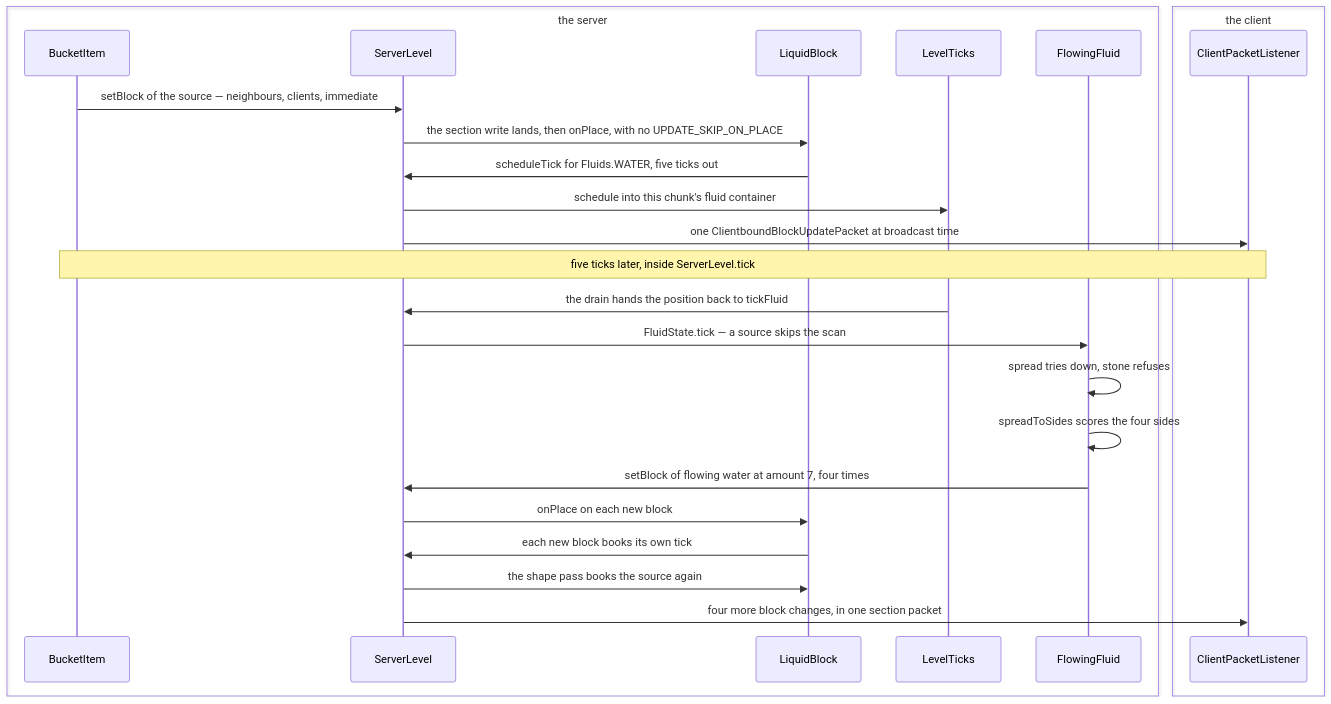
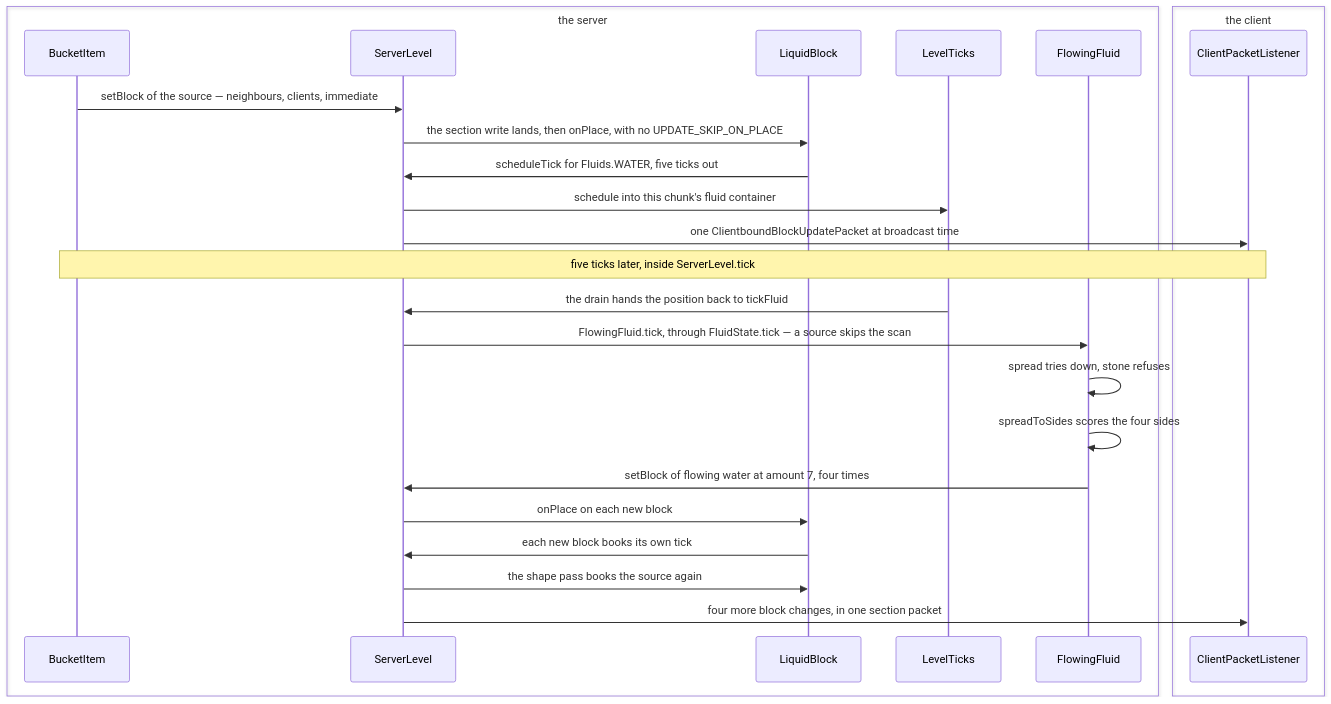
One commit to AlexanderjFraser/MinecraftDocs changed the first of 3 diagrams in src/systems/world/fluids.md. Above: the diagram before and after it, drawn with Mermaid. The commit also changed 55 other files, not shown here.

First line of the commit message:
pass 7, session O — the close, before K: the figure gate strict, the landing figures read as one set, and one strike in thirty not borne out

````diff
--- a/src/systems/world/fluids.md
+++ b/src/systems/world/fluids.md
@@ -114,29 +114,29 @@
 ```mermaid
 sequenceDiagram
     box transparent the server
         participant BI as BucketItem
         participant SL as ServerLevel
         participant LB as LiquidBlock
         participant LTs as LevelTicks
         participant FF as FlowingFluid
     end
     box transparent the client
         participant CPL as ClientPacketListener
     end
 
     BI->>SL: setBlock of the source — neighbours, clients, immediate
     SL->>LB: the section write lands, then onPlace, with no UPDATE_SKIP_ON_PLACE
     LB->>SL: scheduleTick for Fluids.WATER, five ticks out
     SL->>LTs: schedule into this chunk's fluid container
     SL->>CPL: one ClientboundBlockUpdatePacket at broadcast time
     Note over BI,CPL: five ticks later, inside ServerLevel.tick
     LTs->>SL: the drain hands the position back to tickFluid
-    SL->>FF: FluidState.tick — a source skips the scan
+    SL->>FF: FlowingFluid.tick, through FluidState.tick — a source skips the scan
     FF->>FF: spread tries down, stone refuses
     FF->>FF: spreadToSides scores the four sides
     FF->>SL: setBlock of flowing water at amount 7, four times
     SL->>LB: onPlace on each new block
     LB->>SL: each new block books its own tick
     SL->>LB: the shape pass books the source again
     SL->>CPL: four more block changes, in one section packet
 ```
````
